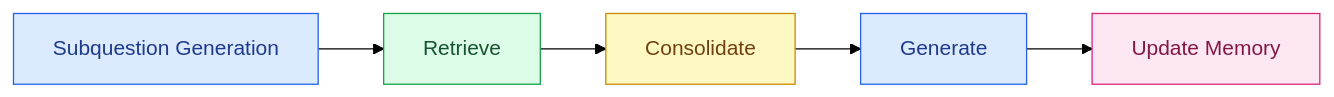
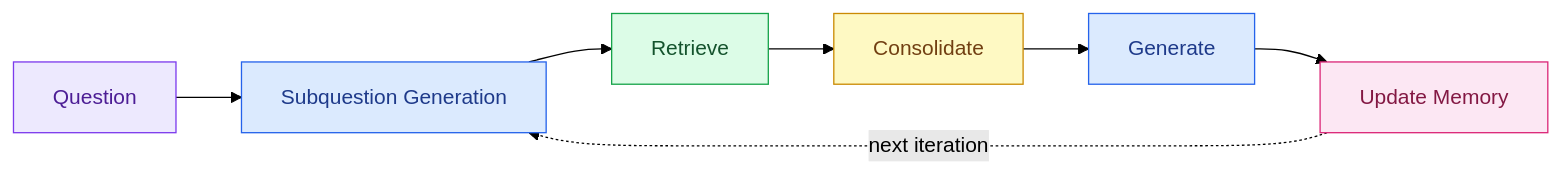
One commit to soumik-github/soumik_mandal changed the diagram in markdown_articles/Agentic_RAG.md. Above: the diagram before and after it, drawn with Mermaid (forest theme). The commit also changed other lines of this file, not shown here.

```diff
--- a/markdown_articles/Agentic_RAG.md
+++ b/markdown_articles/Agentic_RAG.md
@@ -132,9 +132,11 @@
 <pre class="mermaid">
 flowchart LR
-    A["Subquestion Generation"]:::gen --> B["Retrieve"]:::retrieve --> C["Consolidate"]:::consolidate --> D["Generate"]:::gen --> E["Update Memory"]:::memory
+    Q["Question"]:::question --> A["Subquestion Generation"]:::gen --> B["Retrieve"]:::retrieve --> C["Consolidate"]:::consolidate --> D["Generate"]:::gen --> E["Update Memory"]:::memory
+    E -.->|"next iteration"| A
 
+    classDef question fill:#ede9fe,stroke:#7c3aed,color:#4c1d95,stroke-width:1px;
     classDef gen fill:#dbeafe,stroke:#2563eb,color:#1e3a8a,stroke-width:1px;
     classDef retrieve fill:#dcfce7,stroke:#16a34a,color:#14532d,stroke-width:1px;
     classDef consolidate fill:#fef9c3,stroke:#ca8a04,color:#713f12,stroke-width:1px;
     classDef memory fill:#fce7f3,stroke:#db2777,color:#831843,stroke-width:1px;
 </pre>
```
